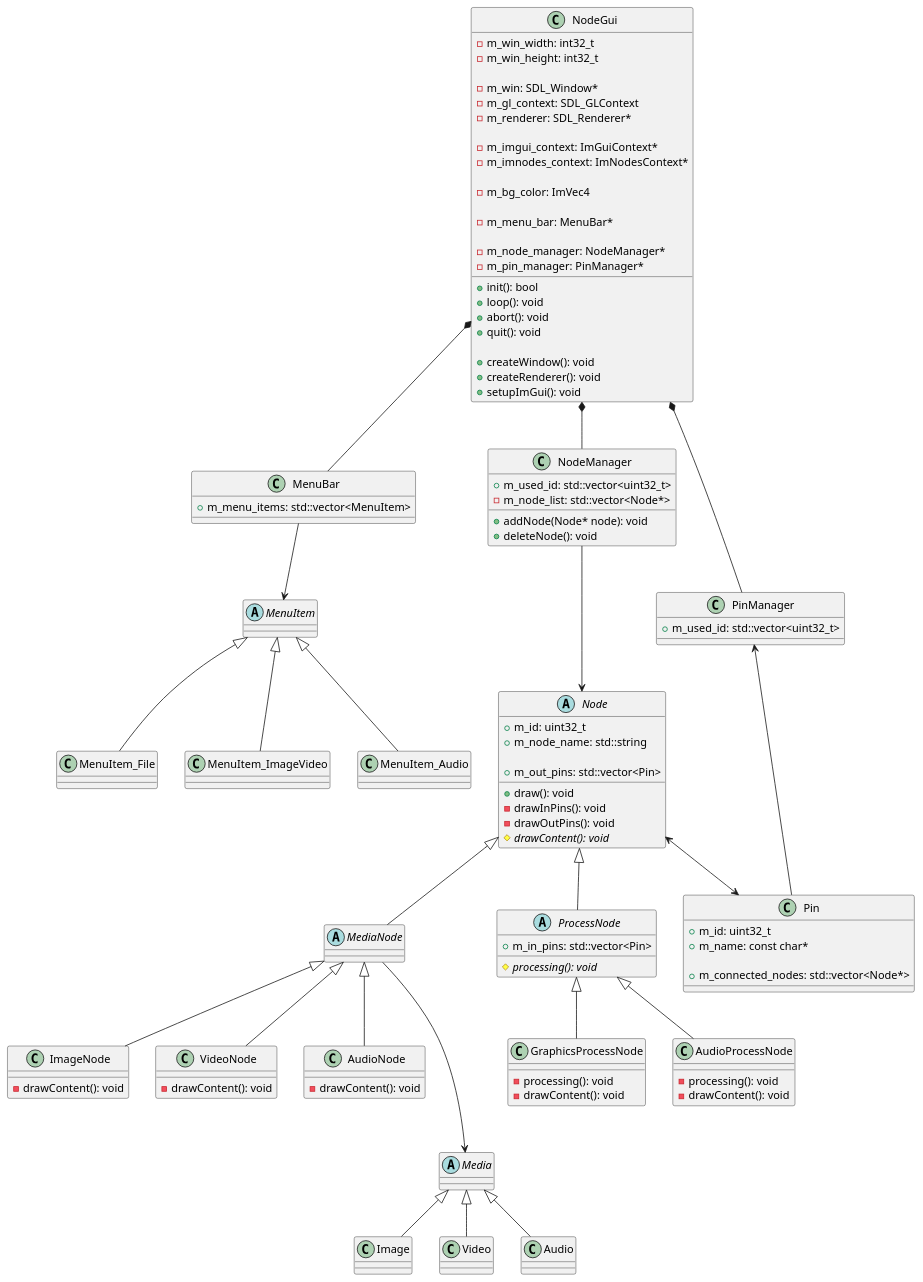
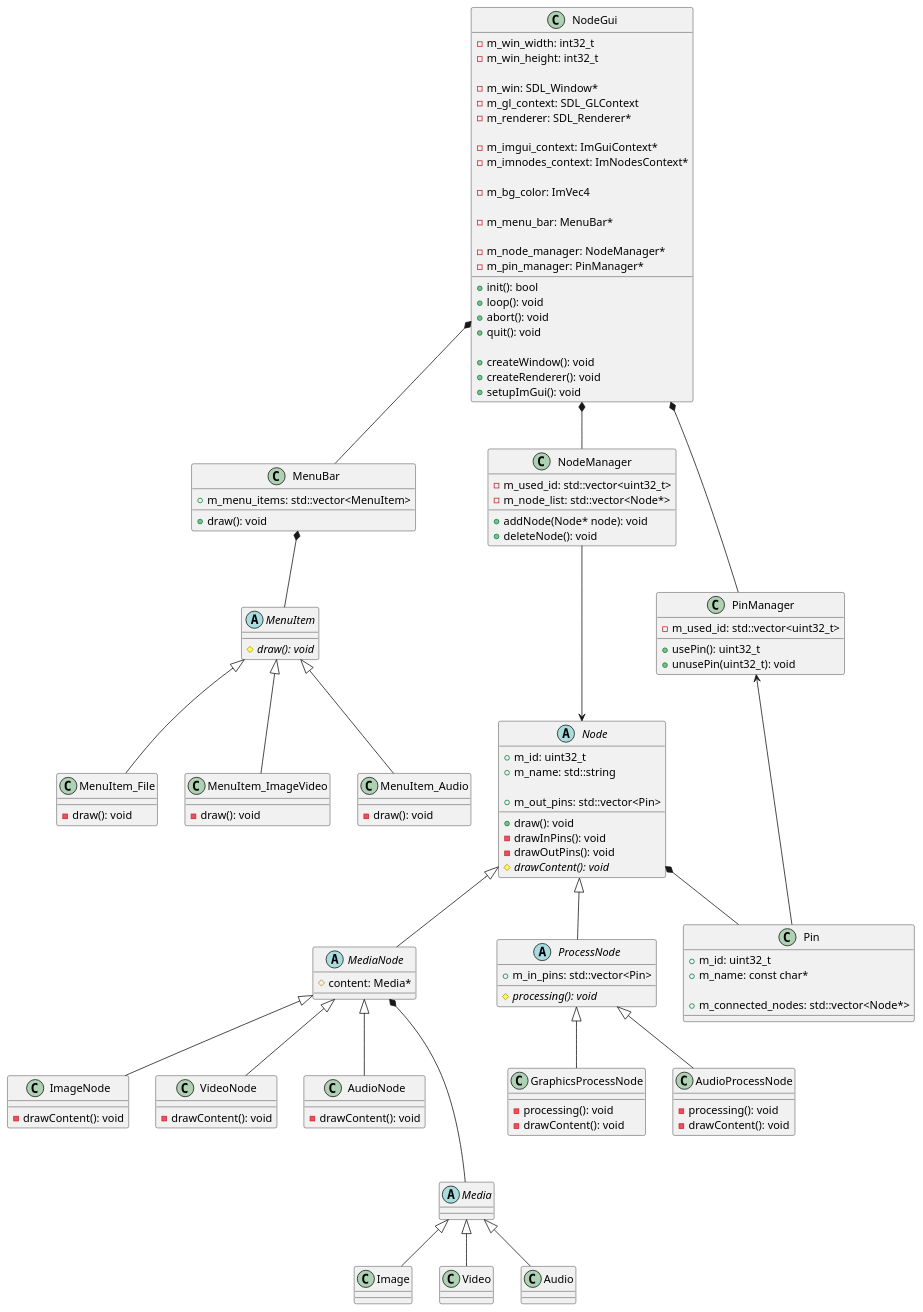
Before and after one commit to nkue-yst/NodeProcessV2: the diagram in uml/uml.pu, drawn with PlantUML. The commit also changed 1 other file, not shown here.

Commit message:
Update UML

```diff
--- a/uml/uml.pu
+++ b/uml/uml.pu
@@ -1,156 +1,161 @@
 @startuml NodeProcessing
 
 class NodeGui {
     +init(): bool
     +loop(): void
     +abort(): void
     +quit(): void
 
     +createWindow(): void
     +createRenderer(): void
     +setupImGui(): void
 
     -m_win_width: int32_t
     -m_win_height: int32_t
 
     -m_win: SDL_Window*
     -m_gl_context: SDL_GLContext
     -m_renderer: SDL_Renderer*
 
     -m_imgui_context: ImGuiContext*
     -m_imnodes_context: ImNodesContext*
 
     -m_bg_color: ImVec4
 
     -m_menu_bar: MenuBar*
 
     -m_node_manager: NodeManager*
     -m_pin_manager: PinManager*
 }
 
 class MenuBar {
+    +draw(): void
+
     +m_menu_items: std::vector<MenuItem>
 }
 
 abstract class MenuItem {
-
+    {abstract} #draw(): void
 }
 
 class MenuItem_File {
-
+    -draw(): void
 }
 
 class MenuItem_ImageVideo {
-
+    -draw(): void
 }
 
 class MenuItem_Audio {
-
+    -draw(): void
 }
 
 class NodeManager {
     +addNode(Node* node): void
     +deleteNode(): void
 
-    +m_used_id: std::vector<uint32_t>
+    -m_used_id: std::vector<uint32_t>
     -m_node_list: std::vector<Node*>
 }
 
 abstract class Node {
     +draw(): void
     -drawInPins(): void
     -drawOutPins(): void
     {abstract} #drawContent(): void
 
     +m_id: uint32_t
-    +m_node_name: std::string
+    +m_name: std::string
 
     +m_out_pins: std::vector<Pin>
 }
 
 abstract class MediaNode {
-
+    #content: Media*
 }
 
 abstract class ProcessNode {
     {abstract} #processing(): void
 
     +m_in_pins: std::vector<Pin>
 }
 
 class ImageNode {
     -drawContent(): void
 }
 
 class VideoNode {
     -drawContent(): void
 }
 
 class AudioNode {
     -drawContent(): void
 }
 
 class GraphicsProcessNode {
     -processing(): void
     -drawContent(): void
 }
 
 class AudioProcessNode {
     -processing(): void
     -drawContent(): void
 }
 
 class PinManager {
-    +m_used_id: std::vector<uint32_t>
+    +usePin(): uint32_t
+    +unusePin(uint32_t): void
+
+    -m_used_id: std::vector<uint32_t>
 }
 
 class Pin {
     +m_id: uint32_t
     +m_name: const char*
 
     +m_connected_nodes: std::vector<Node*>
 }
 
 abstract class Media {
 
 }
 
 class Image {
 
 }
 
 class Video {
 
 }
 
 class Audio {
 
 }
 
 NodeGui *-- NodeManager
 NodeGui *-- PinManager
 NodeGui *-- MenuBar
 
-MenuBar --> MenuItem
+MenuBar *-- MenuItem
 MenuItem <|-- MenuItem_File
 MenuItem <|-- MenuItem_ImageVideo
 MenuItem <|-- MenuItem_Audio
 
 Node <|-- MediaNode
 Node <|-- ProcessNode
+Node *-- Pin
 MediaNode <|-- ImageNode
 MediaNode <|-- VideoNode
 MediaNode <|-- AudioNode
 ProcessNode <|-- GraphicsProcessNode
 ProcessNode <|-- AudioProcessNode
 
-MediaNode ---> Media
+MediaNode *--- Media
 Media <|-- Image
 Media <|-- Video
 Media <|-- Audio
 
 NodeManager ---> Node
 PinManager <-- Pin
-Node <--> Pin
 
 @enduml
```
